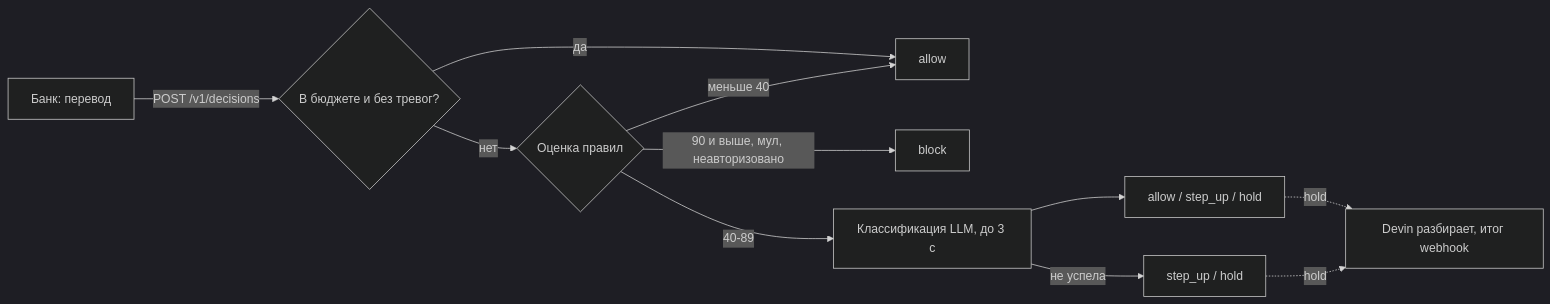
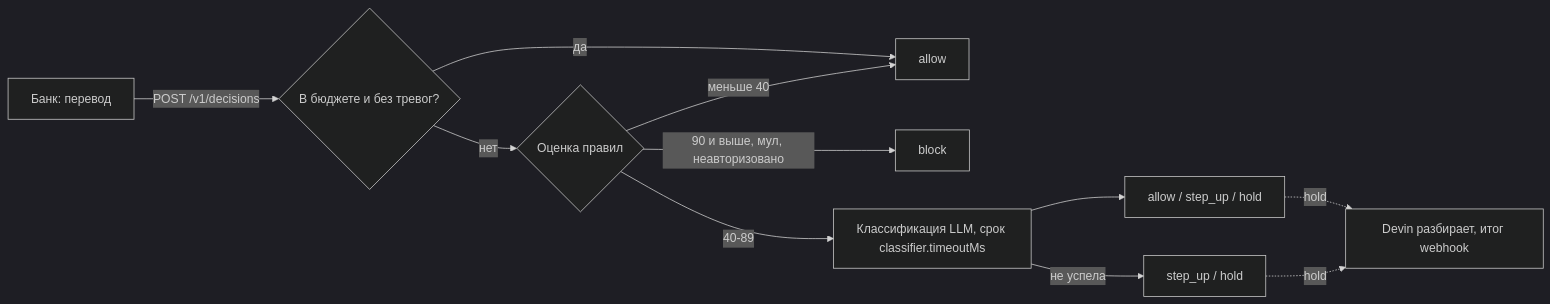
One commit to hackaton201126/nightwatch changed the diagram in docs/plan.md. Above: the diagram before and after it, drawn with Mermaid (dark theme). The commit also changed other lines of this file, not shown here.

Commit message:
docs: take the classifier's timeout from the configuration, a minute by default

````diff
--- a/docs/plan.md
+++ b/docs/plan.md
@@ -13,13 +13,13 @@
 ```mermaid
 flowchart LR
   bank[Банк: перевод] -->|POST /v1/decisions| budget{В бюджете и без тревог?}
   budget -->|да| allow[allow]
   budget -->|нет| score{Оценка правил}
   score -->|меньше 40| allow
   score -->|90 и выше, мул, неавторизовано| block[block]
-  score -->|40-89| llm[Классификация LLM, до 3 с]
+  score -->|40-89| llm[Классификация LLM, срок classifier.timeoutMs]
   llm --> answer[allow / step_up / hold]
   llm -->|не успела| fallback[step_up / hold]
   answer -.->|hold| devin[Devin разбирает, итог webhook]
   fallback -.->|hold| devin
 ```
````
